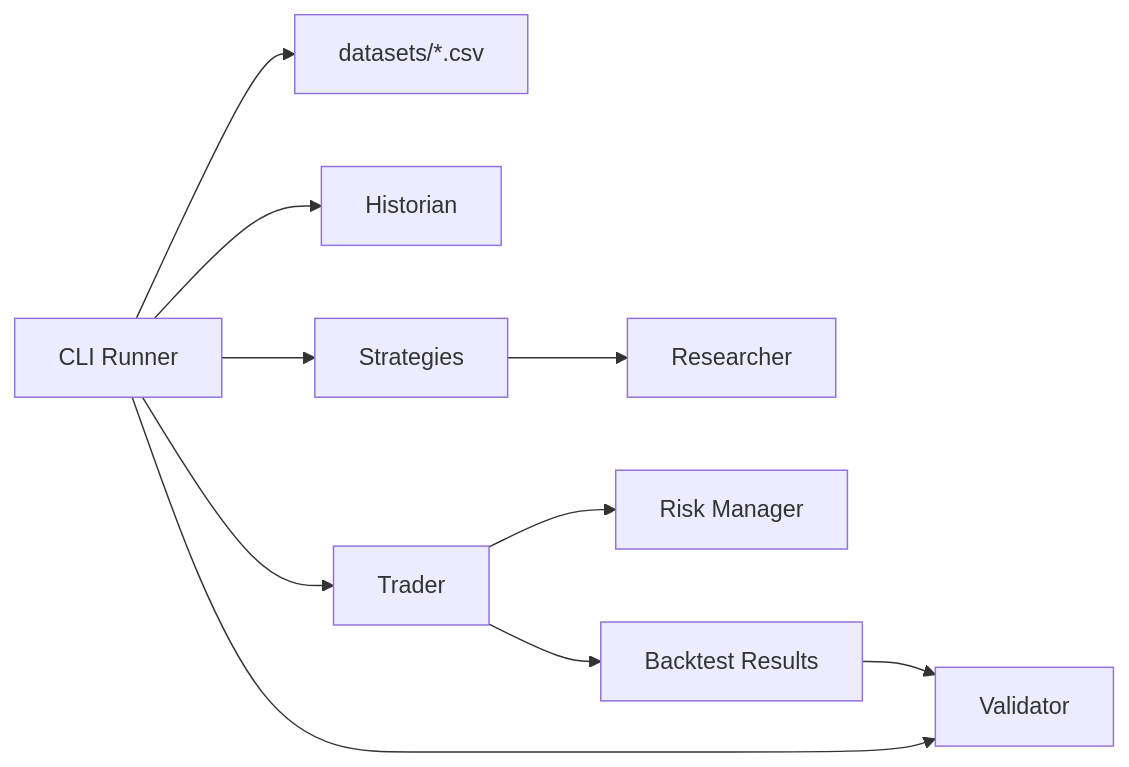
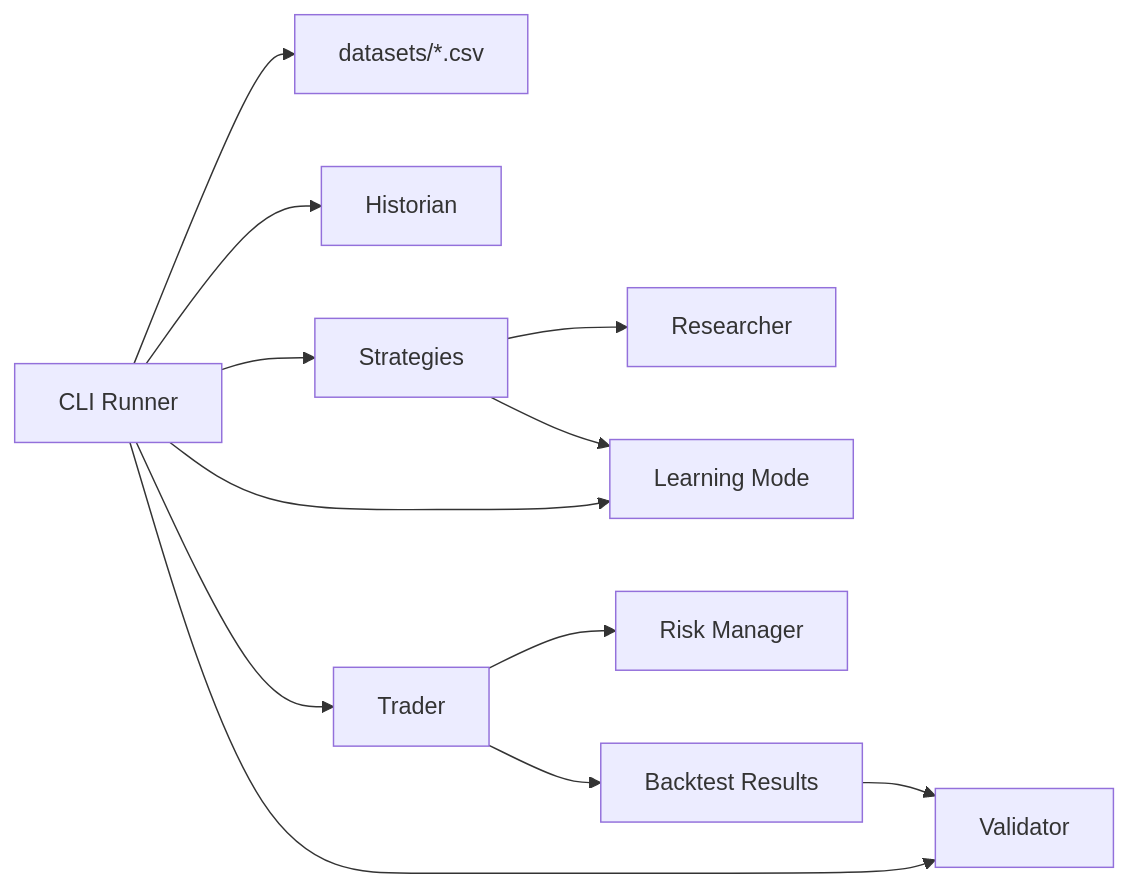
One commit to lumenXV/PTB-1 changed the diagram in ARCHITECTURE.md. Above: the diagram before and after it, drawn with Mermaid. The commit also changed other lines of this file, not shown here.

Commit message:
Document learning mode boundaries

````diff
--- a/ARCHITECTURE.md
+++ b/ARCHITECTURE.md
@@ -13,12 +13,14 @@
 ```mermaid
 flowchart LR
     CLI["CLI Runner"] --> DatasetFiles["datasets/*.csv"]
     CLI --> Historian["Historian"]
     CLI --> Strategies["Strategies"]
     Strategies --> Researcher["Researcher"]
+    Strategies --> Learning["Learning Mode"]
+    CLI --> Learning
     CLI --> Trader["Trader"]
     Trader --> RiskManager["Risk Manager"]
     Trader --> Result["Backtest Results"]
     CLI --> Validator["Validator"]
     Result --> Validator
 ```
````
